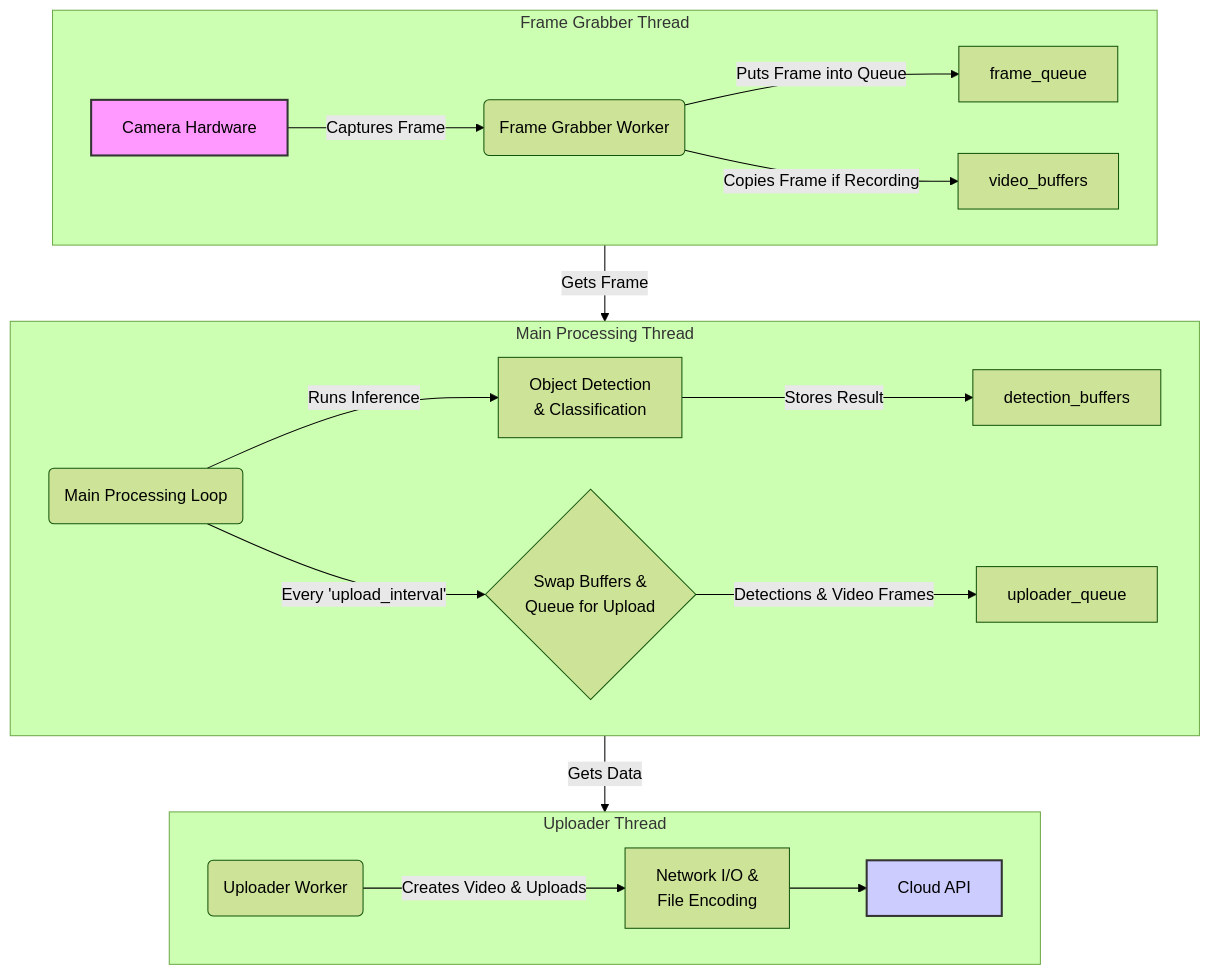
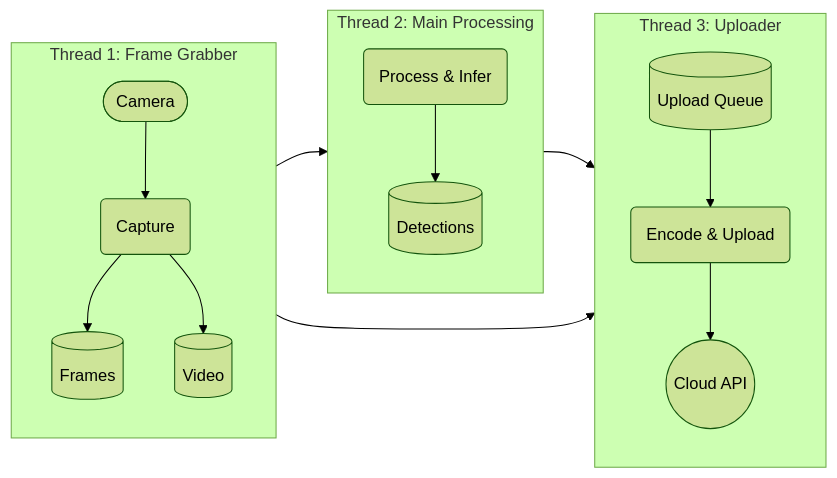
One commit to orlandocloss/twostage-hailo-inference changed the diagram in README.md. Above: the diagram before and after it, drawn with Mermaid (forest theme).

Commit message:
threads parallel process graph

````diff
--- a/README.md
+++ b/README.md
@@ -45,28 +45,26 @@
 ```mermaid
-graph TD
-    subgraph "Frame Grabber Thread"
-        direction LR
-        A[Camera Hardware] -->|Captures Frame| B(Frame Grabber Worker)
-        B -->|Puts Frame into Queue| C[frame_queue]
-        B -->|Copies Frame if Recording| D[video_buffers]
+graph LR
+    subgraph "Thread 1: Frame Grabber"
+        direction TB
+        Cam([Camera]) --> T1(Capture)
+        T1 --> FQ[(Frames)]
+        T1 --> VB[(Video)]
     end
 
-    subgraph "Main Processing Thread"
-        direction LR
-        C -->|Gets Frame| E(Main Processing Loop)
-        E -->|Runs Inference| F[Object Detection<br/>& Classification]
-        F -->|Stores Result| G[detection_buffers]
-        E -->|Every 'upload_interval'| H{Swap Buffers &<br/>Queue for Upload}
-        H -- Detections & Video Frames --> I[uploader_queue]
+    subgraph "Thread 2: Main Processing"
+        direction TB
+        T2(Process & Infer)
+        FQ --> T2
+        T2 --> DB[(Detections)]
+    end
+    
+    subgraph "Thread 3: Uploader"
+        direction TB
+        T3(Encode & Upload)
+        UQ[(Upload Queue)] --> T3
+        T3 --> Cloud((Cloud API))
     end
 
-    subgraph "Uploader Thread"
-        direction LR
-        I -->|Gets Data| J(Uploader Worker)
-        J -->|Creates Video & Uploads| K[Network I/O &<br/>File Encoding]
-        K --> L[Cloud API]
-    end
-
-    style A fill:#f9f,stroke:#333,stroke-width:2px
-    style L fill:#ccf,stroke:#333,stroke-width:2px
+    DB --> UQ
+    VB --> UQ
 ```
````
